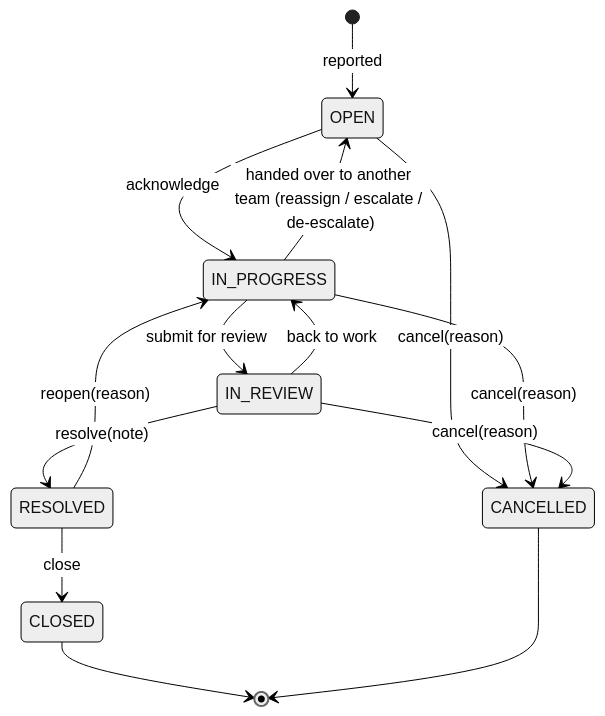
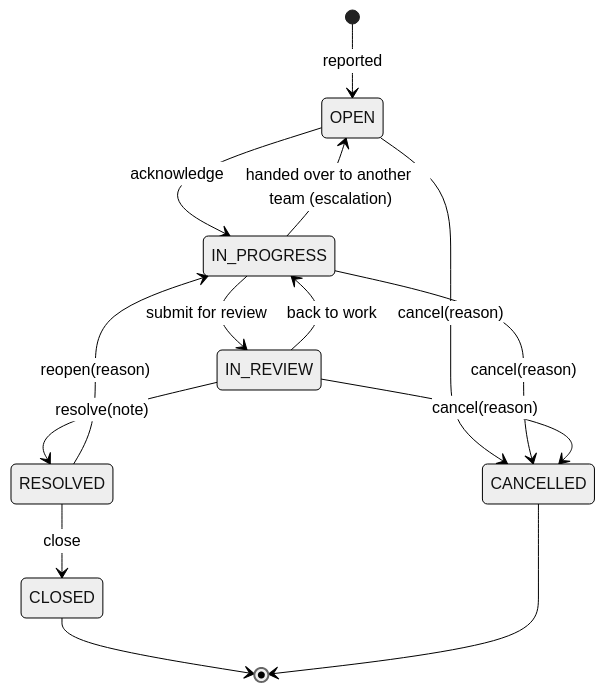
One commit to t-h-e-silence/IncidentManagmentTool changed the fourth of 4 diagrams in docs/system-design.md. Above: the diagram before and after it, drawn with Mermaid (neutral theme). The commit also changed other lines of this file and 57 other files, not shown here.

````diff
--- a/docs/system-design.md
+++ b/docs/system-design.md
@@ -170,16 +167,16 @@
 ```mermaid
 stateDiagram-v2
     [*] --> OPEN: reported
     OPEN --> IN_PROGRESS: acknowledge
     IN_PROGRESS --> IN_REVIEW: submit for review
     IN_REVIEW --> IN_PROGRESS: back to work
     IN_REVIEW --> RESOLVED: resolve(note)
     RESOLVED --> IN_PROGRESS: reopen(reason)
     RESOLVED --> CLOSED: close
     OPEN --> CANCELLED: cancel(reason)
     IN_PROGRESS --> CANCELLED: cancel(reason)
     IN_REVIEW --> CANCELLED: cancel(reason)
-    IN_PROGRESS --> OPEN: handed over to another team (reassign / escalate / de-escalate)
+    IN_PROGRESS --> OPEN: handed over to another team (escalation)
     CLOSED --> [*]
     CANCELLED --> [*]
 ```
````
